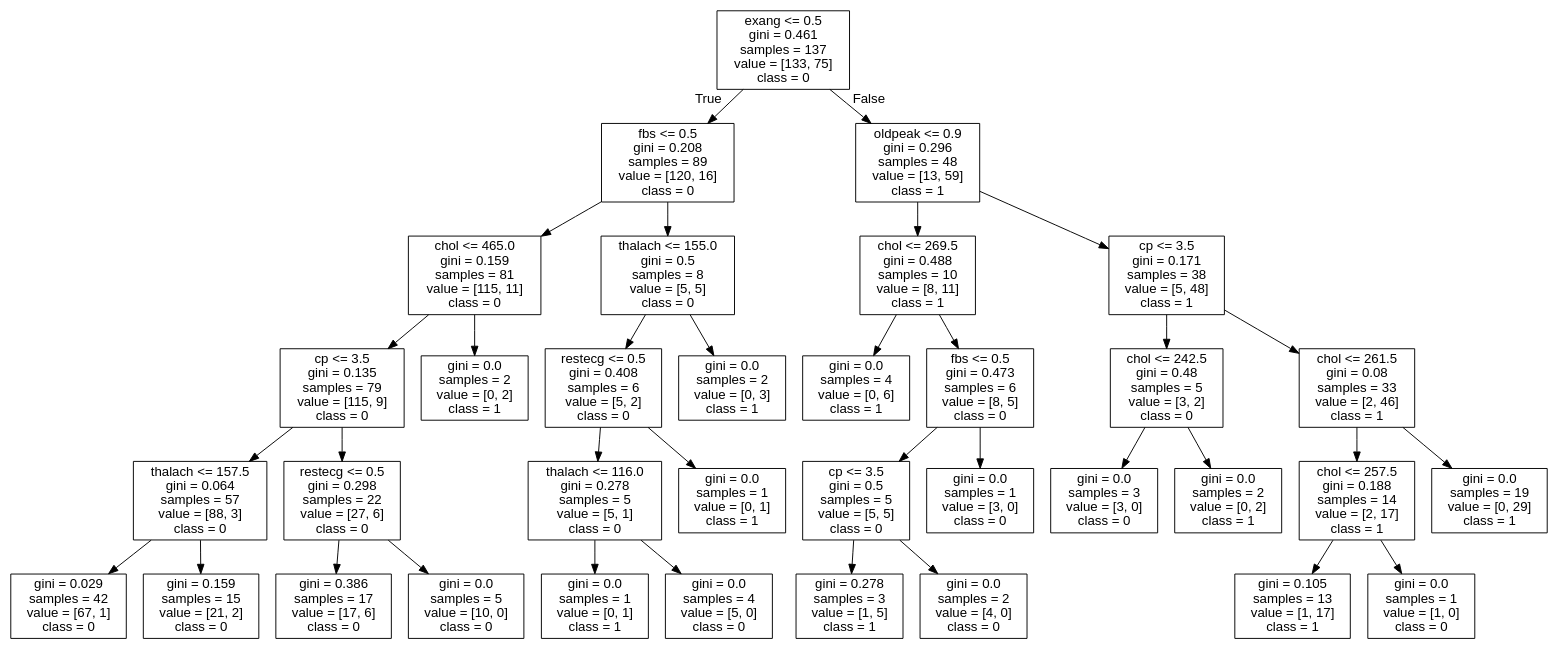
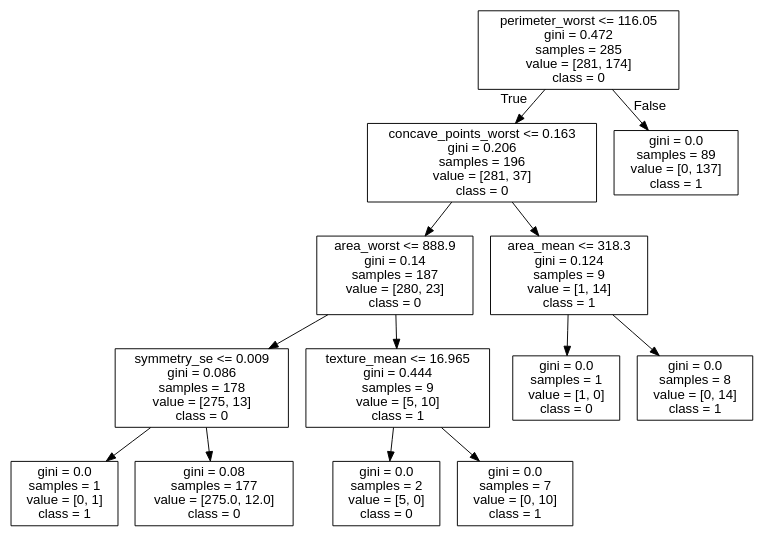
One commit to cyrilvincent/ML changed the diagram in data/breast-cancer/tree.dot. Above: the diagram before and after it, drawn with Graphviz. The commit also changed 3 other files, not shown here.

```diff
--- a/data/breast-cancer/tree.dot
+++ b/data/breast-cancer/tree.dot
@@ -1,73 +1,29 @@
 digraph Tree {
 node [shape=box, fontname="helvetica"] ;
 edge [fontname="helvetica"] ;
-0 [label="exang <= 0.5\ngini = 0.461\nsamples = 137\nvalue = [133, 75]\nclass = 0"] ;
-1 [label="fbs <= 0.5\ngini = 0.208\nsamples = 89\nvalue = [120, 16]\nclass = 0"] ;
+0 [label="perimeter_worst <= 116.05\ngini = 0.472\nsamples = 285\nvalue = [281, 174]\nclass = 0"] ;
+1 [label="concave_points_worst <= 0.163\ngini = 0.206\nsamples = 196\nvalue = [281, 37]\nclass = 0"] ;
 0 -> 1 [labeldistance=2.5, labelangle=45, headlabel="True"] ;
-2 [label="chol <= 465.0\ngini = 0.159\nsamples = 81\nvalue = [115, 11]\nclass = 0"] ;
+2 [label="area_worst <= 888.9\ngini = 0.14\nsamples = 187\nvalue = [280, 23]\nclass = 0"] ;
 1 -> 2 ;
-3 [label="cp <= 3.5\ngini = 0.135\nsamples = 79\nvalue = [115, 9]\nclass = 0"] ;
+3 [label="symmetry_se <= 0.009\ngini = 0.086\nsamples = 178\nvalue = [275, 13]\nclass = 0"] ;
 2 -> 3 ;
-4 [label="thalach <= 157.5\ngini = 0.064\nsamples = 57\nvalue = [88, 3]\nclass = 0"] ;
+4 [label="gini = 0.0\nsamples = 1\nvalue = [0, 1]\nclass = 1"] ;
 3 -> 4 ;
-5 [label="gini = 0.029\nsamples = 42\nvalue = [67, 1]\nclass = 0"] ;
-4 -> 5 ;
-6 [label="gini = 0.159\nsamples = 15\nvalue = [21, 2]\nclass = 0"] ;
-4 -> 6 ;
-7 [label="restecg <= 0.5\ngini = 0.298\nsamples = 22\nvalue = [27, 6]\nclass = 0"] ;
-3 -> 7 ;
-8 [label="gini = 0.386\nsamples = 17\nvalue = [17, 6]\nclass = 0"] ;
-7 -> 8 ;
-9 [label="gini = 0.0\nsamples = 5\nvalue = [10, 0]\nclass = 0"] ;
-7 -> 9 ;
-10 [label="gini = 0.0\nsamples = 2\nvalue = [0, 2]\nclass = 1"] ;
-2 -> 10 ;
-11 [label="thalach <= 155.0\ngini = 0.5\nsamples = 8\nvalue = [5, 5]\nclass = 0"] ;
-1 -> 11 ;
-12 [label="restecg <= 0.5\ngini = 0.408\nsamples = 6\nvalue = [5, 2]\nclass = 0"] ;
-11 -> 12 ;
-13 [label="thalach <= 116.0\ngini = 0.278\nsamples = 5\nvalue = [5, 1]\nclass = 0"] ;
-12 -> 13 ;
-14 [label="gini = 0.0\nsamples = 1\nvalue = [0, 1]\nclass = 1"] ;
-13 -> 14 ;
-15 [label="gini = 0.0\nsamples = 4\nvalue = [5, 0]\nclass = 0"] ;
-13 -> 15 ;
-16 [label="gini = 0.0\nsamples = 1\nvalue = [0, 1]\nclass = 1"] ;
-12 -> 16 ;
-17 [label="gini = 0.0\nsamples = 2\nvalue = [0, 3]\nclass = 1"] ;
-11 -> 17 ;
-18 [label="oldpeak <= 0.9\ngini = 0.296\nsamples = 48\nvalue = [13, 59]\nclass = 1"] ;
-0 -> 18 [labeldistance=2.5, labelangle=-45, headlabel="False"] ;
-19 [label="chol <= 269.5\ngini = 0.488\nsamples = 10\nvalue = [8, 11]\nclass = 1"] ;
-18 -> 19 ;
-20 [label="gini = 0.0\nsamples = 4\nvalue = [0, 6]\nclass = 1"] ;
-19 -> 20 ;
-21 [label="fbs <= 0.5\ngini = 0.473\nsamples = 6\nvalue = [8, 5]\nclass = 0"] ;
-19 -> 21 ;
-22 [label="cp <= 3.5\ngini = 0.5\nsamples = 5\nvalue = [5, 5]\nclass = 0"] ;
-21 -> 22 ;
-23 [label="gini = 0.278\nsamples = 3\nvalue = [1, 5]\nclass = 1"] ;
-22 -> 23 ;
-24 [label="gini = 0.0\nsamples = 2\nvalue = [4, 0]\nclass = 0"] ;
-22 -> 24 ;
-25 [label="gini = 0.0\nsamples = 1\nvalue = [3, 0]\nclass = 0"] ;
-21 -> 25 ;
-26 [label="cp <= 3.5\ngini = 0.171\nsamples = 38\nvalue = [5, 48]\nclass = 1"] ;
-18 -> 26 ;
-27 [label="chol <= 242.5\ngini = 0.48\nsamples = 5\nvalue = [3, 2]\nclass = 0"] ;
-26 -> 27 ;
-28 [label="gini = 0.0\nsamples = 3\nvalue = [3, 0]\nclass = 0"] ;
-27 -> 28 ;
-29 [label="gini = 0.0\nsamples = 2\nvalue = [0, 2]\nclass = 1"] ;
-27 -> 29 ;
-30 [label="chol <= 261.5\ngini = 0.08\nsamples = 33\nvalue = [2, 46]\nclass = 1"] ;
-26 -> 30 ;
-31 [label="chol <= 257.5\ngini = 0.188\nsamples = 14\nvalue = [2, 17]\nclass = 1"] ;
-30 -> 31 ;
-32 [label="gini = 0.105\nsamples = 13\nvalue = [1, 17]\nclass = 1"] ;
-31 -> 32 ;
-33 [label="gini = 0.0\nsamples = 1\nvalue = [1, 0]\nclass = 0"] ;
-31 -> 33 ;
-34 [label="gini = 0.0\nsamples = 19\nvalue = [0, 29]\nclass = 1"] ;
-30 -> 34 ;
+5 [label="gini = 0.08\nsamples = 177\nvalue = [275.0, 12.0]\nclass = 0"] ;
+3 -> 5 ;
+6 [label="texture_mean <= 16.965\ngini = 0.444\nsamples = 9\nvalue = [5, 10]\nclass = 1"] ;
+2 -> 6 ;
+7 [label="gini = 0.0\nsamples = 2\nvalue = [5, 0]\nclass = 0"] ;
+6 -> 7 ;
+8 [label="gini = 0.0\nsamples = 7\nvalue = [0, 10]\nclass = 1"] ;
+6 -> 8 ;
+9 [label="area_mean <= 318.3\ngini = 0.124\nsamples = 9\nvalue = [1, 14]\nclass = 1"] ;
+1 -> 9 ;
+10 [label="gini = 0.0\nsamples = 1\nvalue = [1, 0]\nclass = 0"] ;
+9 -> 10 ;
+11 [label="gini = 0.0\nsamples = 8\nvalue = [0, 14]\nclass = 1"] ;
+9 -> 11 ;
+12 [label="gini = 0.0\nsamples = 89\nvalue = [0, 137]\nclass = 1"] ;
+0 -> 12 [labeldistance=2.5, labelangle=-45, headlabel="False"] ;
 }
```
